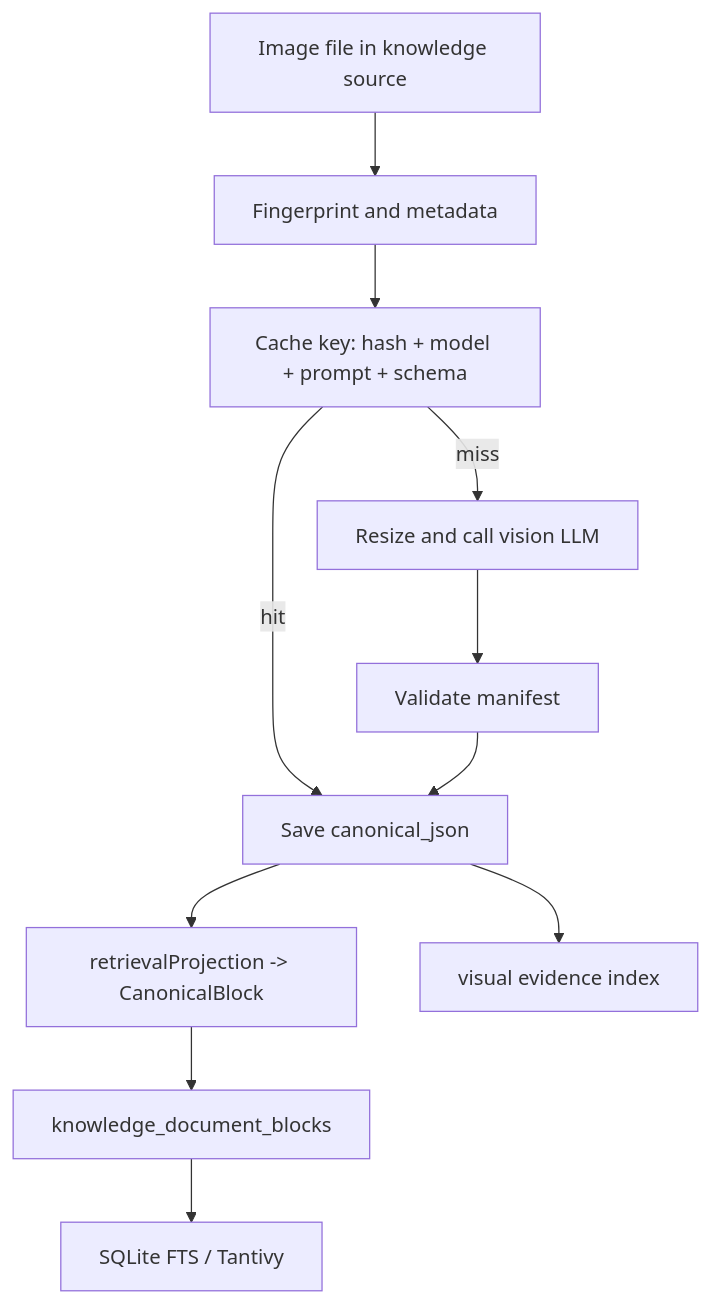
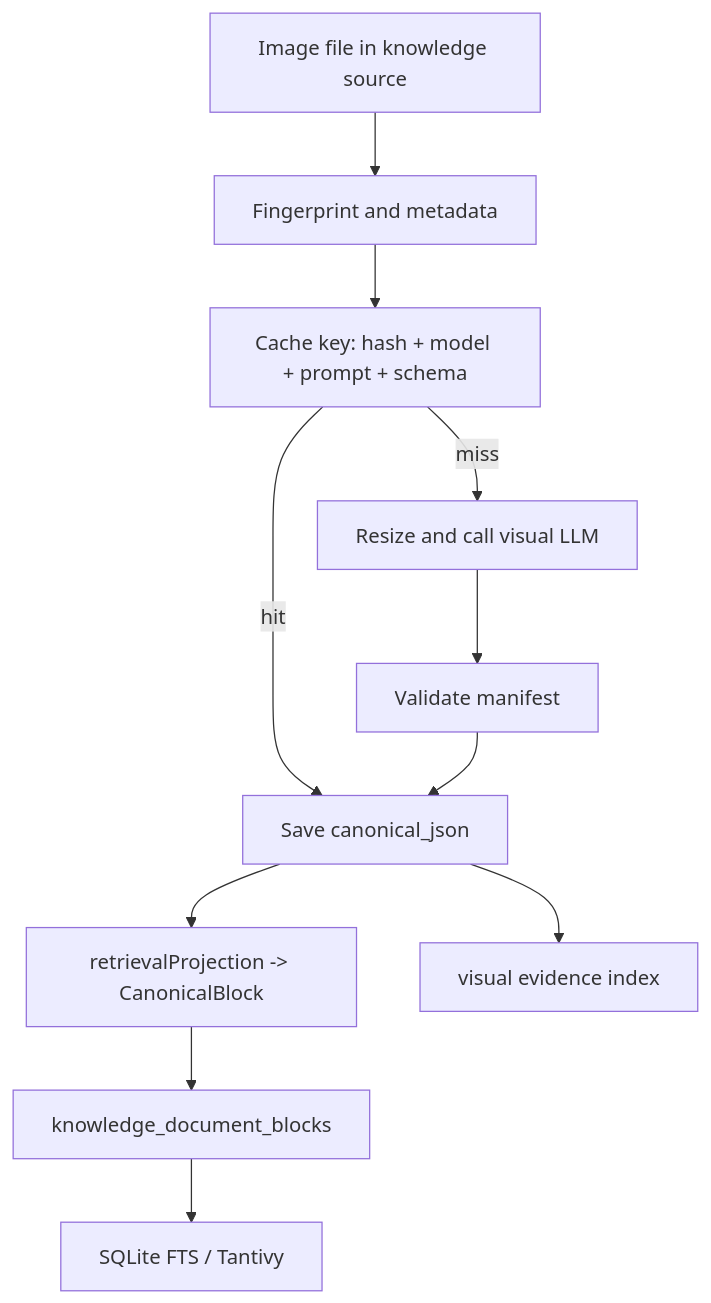
The first of 2 diagrams in desktop/docs/image-semantic-retrieval-architecture-plan.md (Jamailar/Beav), drawn with Mermaid before and after one commit. The commit also changed other lines of this file and 23 other files, not shown here.

````diff
--- a/desktop/docs/image-semantic-retrieval-architecture-plan.md
+++ b/desktop/docs/image-semantic-retrieval-architecture-plan.md
@@ -713,13 +720,13 @@
 ```mermaid
 flowchart TD
   A["Image file in knowledge source"] --> B["Fingerprint and metadata"]
   B --> C["Cache key: hash + model + prompt + schema"]
   C -->|hit| F["Load manifest"]
-  C -->|miss| D["Resize and call vision LLM"]
+  C -->|miss| D["Resize and call visual LLM"]
   D --> E["Validate manifest"]
   E --> F["Save canonical_json"]
   F --> G["retrievalProjection -> CanonicalBlock"]
   G --> H["knowledge_document_blocks"]
   H --> I["SQLite FTS / Tantivy"]
   F --> J["visual evidence index"]
 ```
````
